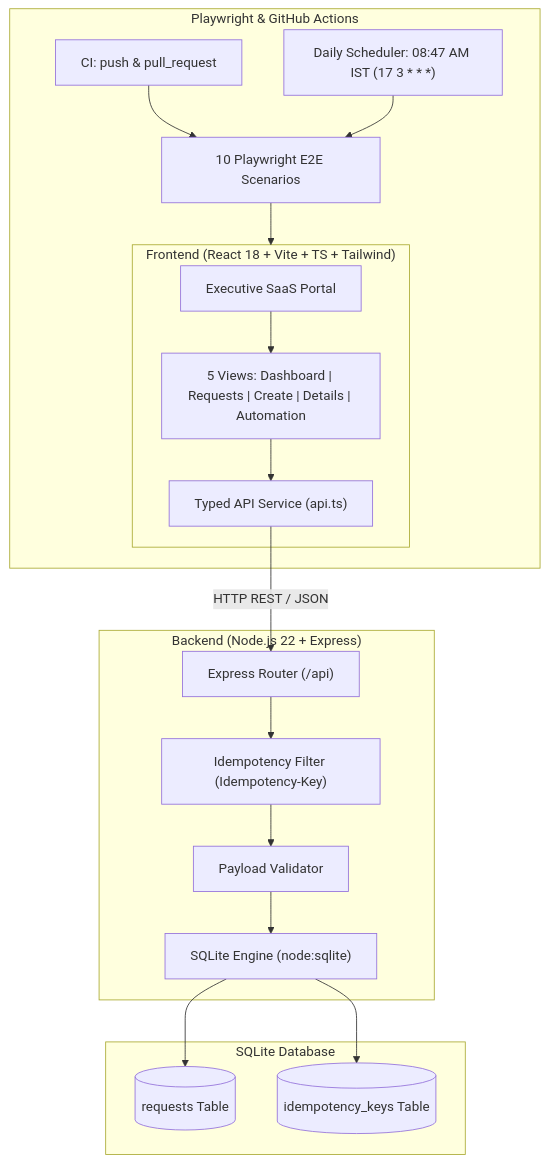
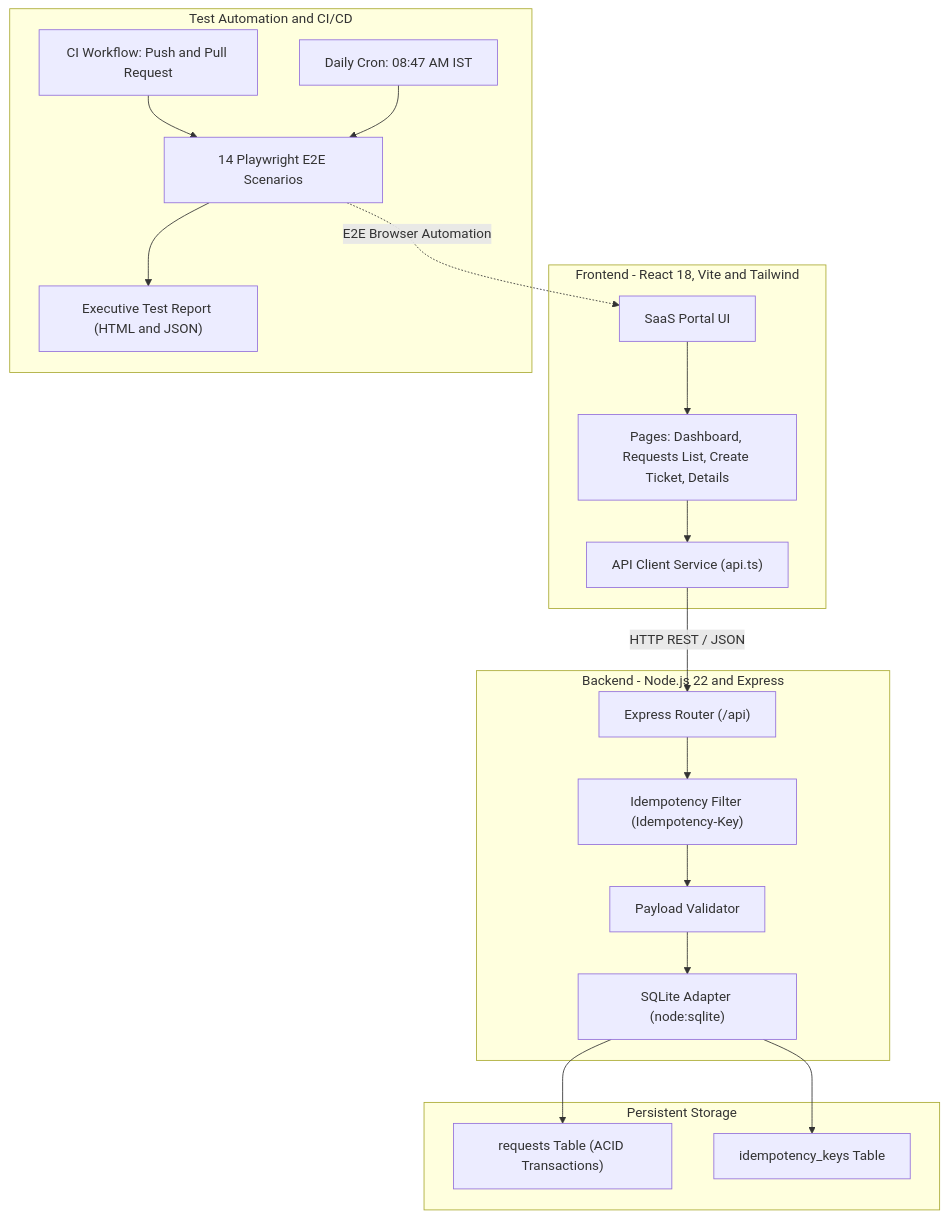
The diagram in README.md (menaka1703/service-request-automation-demo), drawn with Mermaid before and after one commit. The commit also changed other lines of this file, not shown here.

Commit message:
fix(readme): fix mermaid architecture diagram syntax and update scenarios

````diff
--- a/README.md
+++ b/README.md
@@ -35,35 +43,40 @@
 ```mermaid
 flowchart TD
-    subgraph Client ["Frontend (React 18 + Vite + TS + Tailwind)"]
-        UI[Executive SaaS Portal]
-        Pages["5 Views: Dashboard | Requests | Create | Details | Automation"]
-        API_Client["Typed API Service (api.ts)"]
-        UI --> Pages --> API_Client
+    subgraph Frontend ["Frontend - React 18, Vite and Tailwind"]
+        App_UI["SaaS Portal UI"]
+        Portal_Pages["Pages: Dashboard, Requests List, Create Ticket, Details"]
+        API_Service["API Client Service (api.ts)"]
+        App_UI --> Portal_Pages
+        Portal_Pages --> API_Service
     end
 
-    subgraph Server ["Backend (Node.js 22 + Express)"]
-        Router["Express Router (/api)"]
-        Idemp["Idempotency Filter (Idempotency-Key)"]
-        Validation["Payload Validator"]
-        DB_Adapter["SQLite Engine (node:sqlite)"]
-        Router --> Idemp --> Validation --> DB_Adapter
+    subgraph Backend ["Backend - Node.js 22 and Express"]
+        Express_Router["Express Router (/api)"]
+        Idempotency_Filter["Idempotency Filter (Idempotency-Key)"]
+        Payload_Validator["Payload Validator"]
+        DB_Adapter["SQLite Adapter (node:sqlite)"]
+        Express_Router --> Idempotency_Filter
+        Idempotency_Filter --> Payload_Validator
+        Payload_Validator --> DB_Adapter
     end
 
-    subgraph Storage ["SQLite Database"]
-        ReqTable[("requests Table")]
-        IdempTable[("idempotency_keys Table")]
-        DB_Adapter --> ReqTable
-        DB_Adapter --> IdempTable
+    subgraph Database ["Persistent Storage"]
+        Table_Requests["requests Table (ACID Transactions)"]
+        Table_Idempotency["idempotency_keys Table"]
+        DB_Adapter --> Table_Requests
+        DB_Adapter --> Table_Idempotency
     end
 
-    subgraph Automation ["Playwright & GitHub Actions"]
-        E2E["10 Playwright E2E Scenarios"]
-        CI["CI: push & pull_request"]
-        Daily["Daily Scheduler: 08:47 AM IST (17 3 * * *)"]
-        E2E --> Client
-        CI --> E2E
-        Daily --> E2E
+    subgraph Automation_Pipeline ["Test Automation and CI/CD"]
+        Playwright_Suite["14 Playwright E2E Scenarios"]
+        CI_Workflow["CI Workflow: Push and Pull Request"]
+        Daily_Scheduler["Daily Cron: 08:47 AM IST"]
+        Executive_Report["Executive Test Report (HTML and JSON)"]
+        CI_Workflow --> Playwright_Suite
+        Daily_Scheduler --> Playwright_Suite
+        Playwright_Suite --> Executive_Report
     end
 
-    API_Client -- HTTP REST / JSON --> Router
+    API_Service -->|HTTP REST / JSON| Express_Router
+    Playwright_Suite -.->|E2E Browser Automation| App_UI
 ```
````
